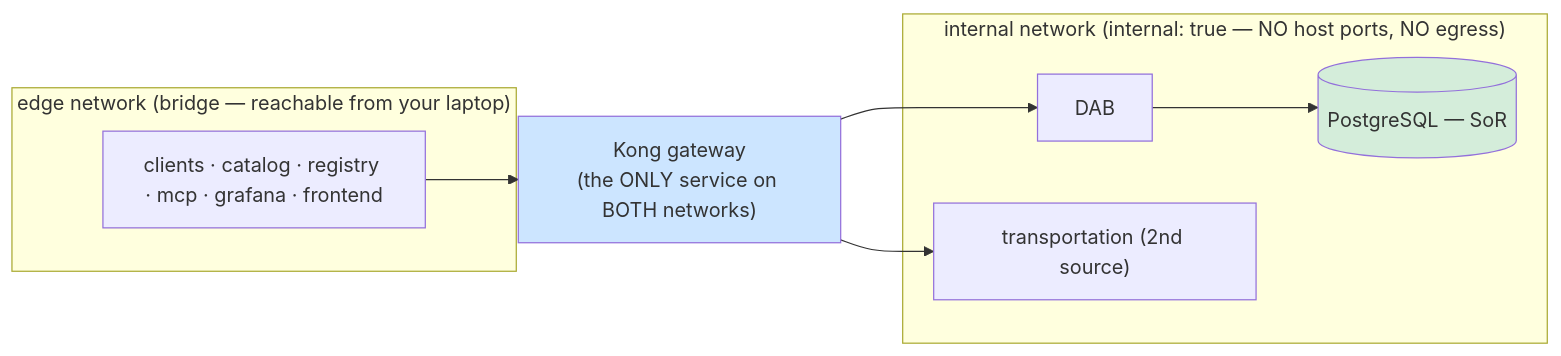
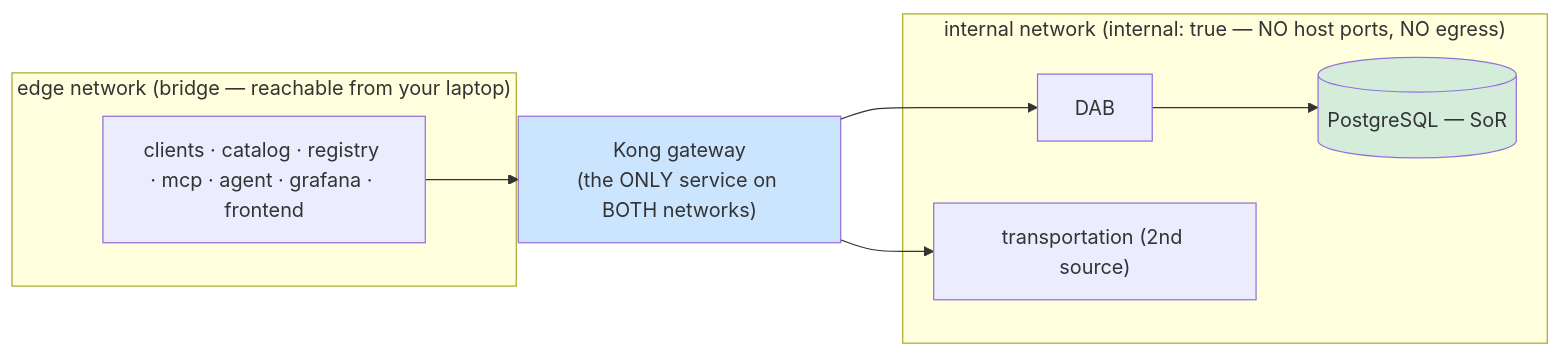
The fourth of 8 diagrams in docs/ARCHITECTURE.md (fgarofalo56/nasa-api-first-poc), drawn with Mermaid before and after one commit. The commit also changed other lines of this file and 13 other files, not shown here.

````diff
--- a/docs/ARCHITECTURE.md
+++ b/docs/ARCHITECTURE.md
@@ -338,18 +434,18 @@
 ```mermaid
 flowchart LR
     subgraph edge["edge network (bridge — reachable from your laptop)"]
-        CLI["clients · catalog · registry · mcp · grafana · frontend"]
+        CLI["clients · catalog · registry · mcp · agent · grafana · frontend"]
     end
     subgraph internal["internal network (internal: true — NO host ports, NO egress)"]
         DAB["DAB"]
         PG[("PostgreSQL — SoR")]
         TR["transportation (2nd source)"]
     end
     KONG["Kong gateway<br/>(the ONLY service on BOTH networks)"]
     CLI --> KONG
     KONG --> DAB
     KONG --> TR
     DAB --> PG
     style KONG fill:#cce5ff
     style PG fill:#d4edda
 ```
````
